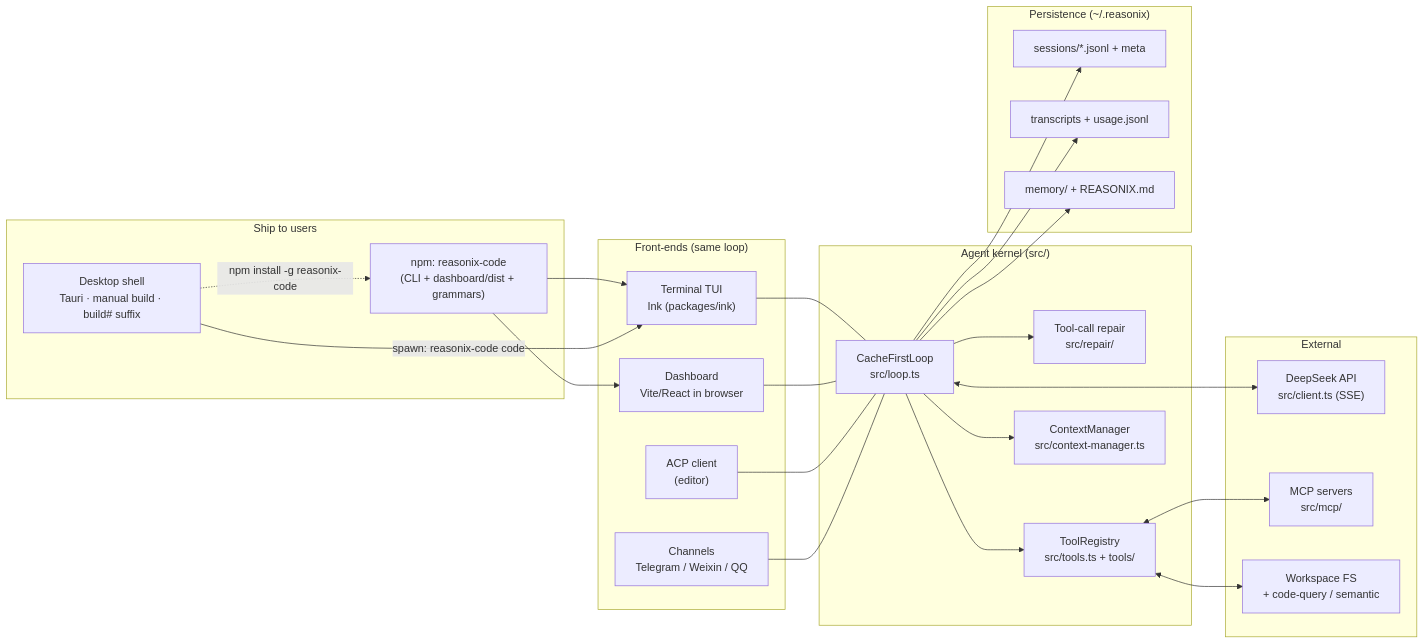
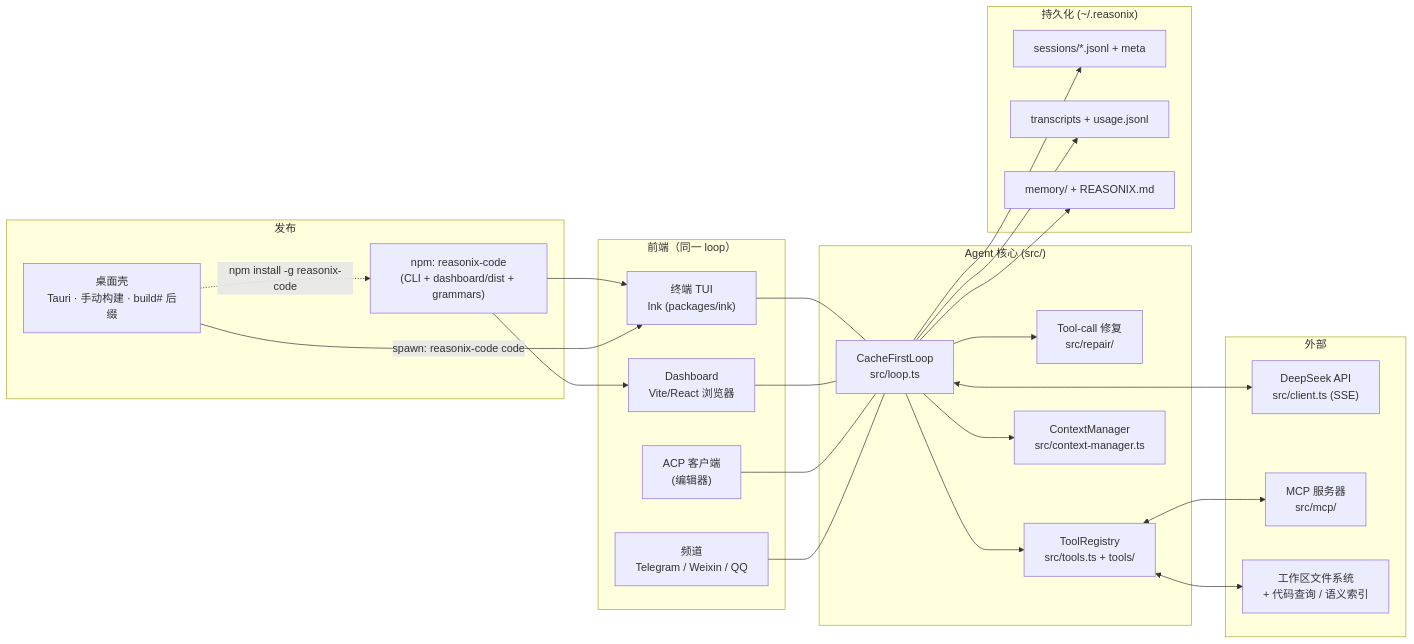
The first of 7 diagrams in docs/flow-overview.md (Zehee/Reasonix-Code), drawn with Mermaid before and after one commit. The commit also changed other lines of this file and 10 other files, not shown here.

````diff
--- a/docs/flow-overview.md
+++ b/docs/flow-overview.md
@@ -17,53 +13,53 @@
 ```mermaid
 flowchart LR
-    subgraph SHIP["Ship to users"]
+    subgraph SHIP["发布"]
         NPM["npm: reasonix-code<br/>(CLI + dashboard/dist + grammars)"]
-        DESK["Desktop shell<br/>Tauri · manual build · build# suffix"]
+        DESK["桌面壳<br/>Tauri · 手动构建 · build# 后缀"]
     end
 
-    subgraph FRONT["Front-ends (same loop)"]
-        TUI["Terminal TUI<br/>Ink (packages/ink)"]
-        DASH["Dashboard<br/>Vite/React in browser"]
-        ACPF["ACP client<br/>(editor)"]
-        CHAN["Channels<br/>Telegram / Weixin / QQ"]
+    subgraph FRONT["前端（同一 loop）"]
+        TUI["终端 TUI<br/>Ink (packages/ink)"]
+        DASH["Dashboard<br/>Vite/React 浏览器"]
+        ACPF["ACP 客户端<br/>(编辑器)"]
+        CHAN["频道<br/>Telegram / Weixin / QQ"]
     end
 
-    subgraph CORE["Agent kernel (src/)"]
+    subgraph CORE["Agent 核心 (src/)"]
         LOOP["CacheFirstLoop<br/>src/loop.ts"]
-        REPAIR["Tool-call repair<br/>src/repair/"]
+        REPAIR["Tool-call 修复<br/>src/repair/"]
         TOOLS["ToolRegistry<br/>src/tools.ts + tools/"]
         CTX["ContextManager<br/>src/context-manager.ts"]
     end
 
-    subgraph EXT["External"]
+    subgraph EXT["外部"]
         DS["DeepSeek API<br/>src/client.ts (SSE)"]
-        MCP["MCP servers<br/>src/mcp/"]
-        FS["Workspace FS<br/>+ code-query / semantic"]
+        MCP["MCP 服务器<br/>src/mcp/"]
+        FS["工作区文件系统<br/>+ 代码查询 / 语义索引"]
     end
 
-    subgraph STORE["Persistence (~/.reasonix)"]
+    subgraph STORE["持久化 (~/.reasonix)"]
         SESS["sessions/*.jsonl + meta"]
         TRANS["transcripts + usage.jsonl"]
         MEM["memory/ + REASONIX.md"]
     end
 
     NPM --> TUI
     NPM --> DASH
     DESK -. "npm install -g reasonix-code" .-> NPM
     DESK -- "spawn: reasonix-code code" --> TUI
 
     TUI --- LOOP
     DASH --- LOOP
     ACPF --- LOOP
     CHAN --- LOOP
 
     LOOP --> CTX
     LOOP --> REPAIR
     LOOP --> TOOLS
     LOOP <--> DS
     TOOLS <--> MCP
     TOOLS <--> FS
     LOOP --> SESS
     LOOP --> TRANS
     LOOP --> MEM
 ```
````
